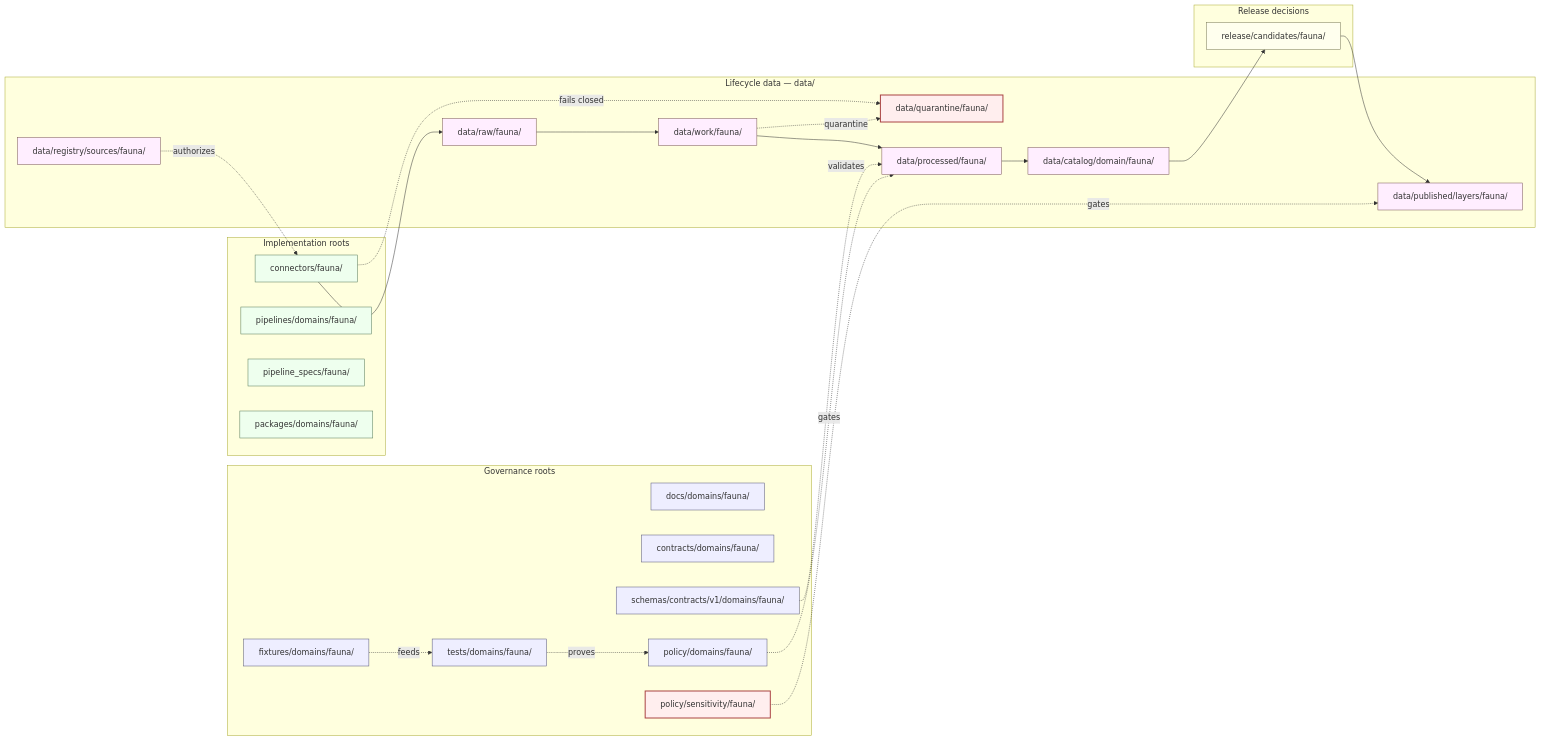
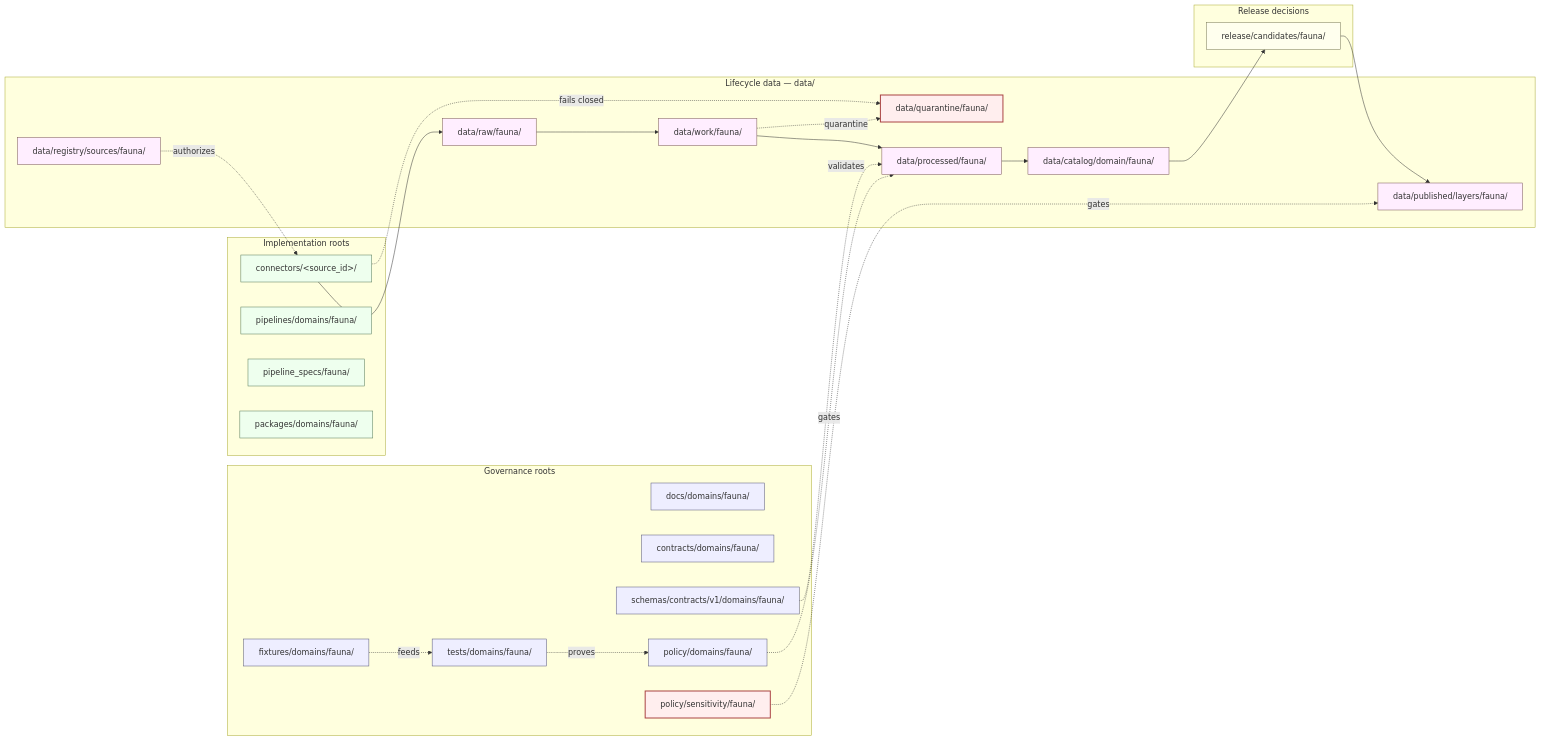
Before and after one commit to bartytime4life/Kansas-Frontier-Matrix: the diagram in docs/domains/fauna/CANONICAL_PATHS.md, drawn with Mermaid. The commit also changed other lines of this file, not shown here.

````diff
--- a/docs/domains/fauna/CANONICAL_PATHS.md
+++ b/docs/domains/fauna/CANONICAL_PATHS.md
@@ -167,56 +180,56 @@
 ```mermaid
 flowchart LR
   classDef gov fill:#eef,stroke:#557,stroke-width:1px
   classDef impl fill:#efe,stroke:#575,stroke-width:1px
   classDef data fill:#fef,stroke:#755,stroke-width:1px
   classDef release fill:#ffe,stroke:#775,stroke-width:1px
   classDef sensitive fill:#fee,stroke:#a44,stroke-width:2px
 
   subgraph GOV["Governance roots"]
     DOCS["docs/domains/fauna/"]:::gov
     CONTRACTS["contracts/domains/fauna/"]:::gov
     SCHEMAS["schemas/contracts/v1/domains/fauna/"]:::gov
     POLICY["policy/domains/fauna/"]:::gov
     SENS["policy/sensitivity/fauna/"]:::sensitive
     TESTS["tests/domains/fauna/"]:::gov
     FIX["fixtures/domains/fauna/"]:::gov
   end
 
   subgraph IMPL["Implementation roots"]
-    CONN["connectors/fauna/"]:::impl
+    CONN["connectors/&lt;source_id&gt;/"]:::impl
     PIPES["pipelines/domains/fauna/"]:::impl
     SPECS["pipeline_specs/fauna/"]:::impl
     PKGS["packages/domains/fauna/"]:::impl
   end
 
   subgraph DATA["Lifecycle data — data/"]
     RAW["data/raw/fauna/"]:::data
     WORK["data/work/fauna/"]:::data
     QUAR["data/quarantine/fauna/"]:::sensitive
     PROC["data/processed/fauna/"]:::data
     CAT["data/catalog/domain/fauna/"]:::data
     PUB["data/published/layers/fauna/"]:::data
     REG["data/registry/sources/fauna/"]:::data
   end
 
   subgraph REL["Release decisions"]
     CAND["release/candidates/fauna/"]:::release
   end
 
   SCHEMAS -. validates .-> PROC
   POLICY -. gates .-> PROC
   SENS -. gates .-> PUB
   TESTS -. proves .-> POLICY
   FIX -. feeds .-> TESTS
 
   CONN --> RAW
   CONN -. fails closed .-> QUAR
   RAW --> WORK
   WORK --> PROC
   WORK -. quarantine .-> QUAR
   PROC --> CAT
   CAT --> CAND
   CAND --> PUB
 
   REG -. authorizes .-> CONN
 ```
````
